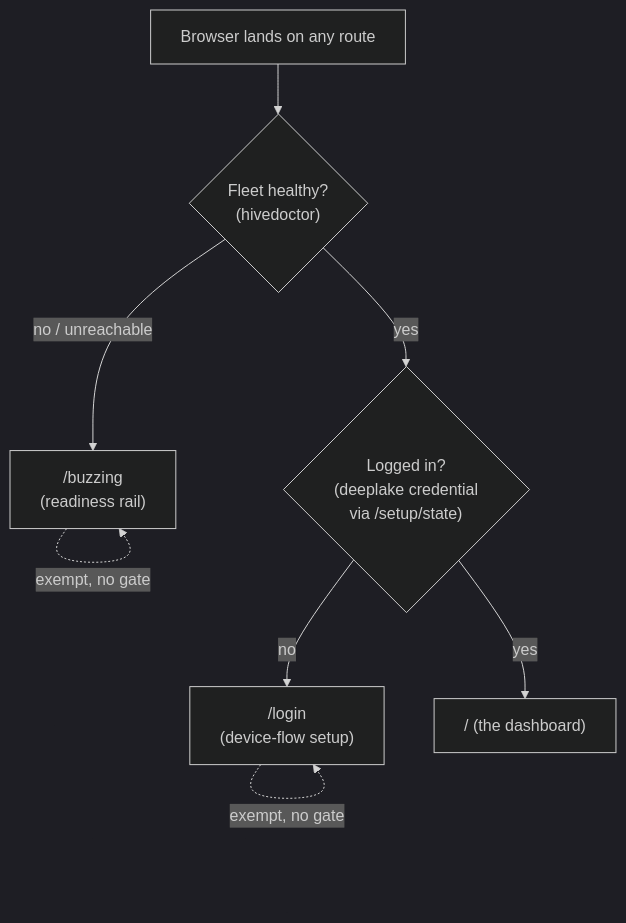
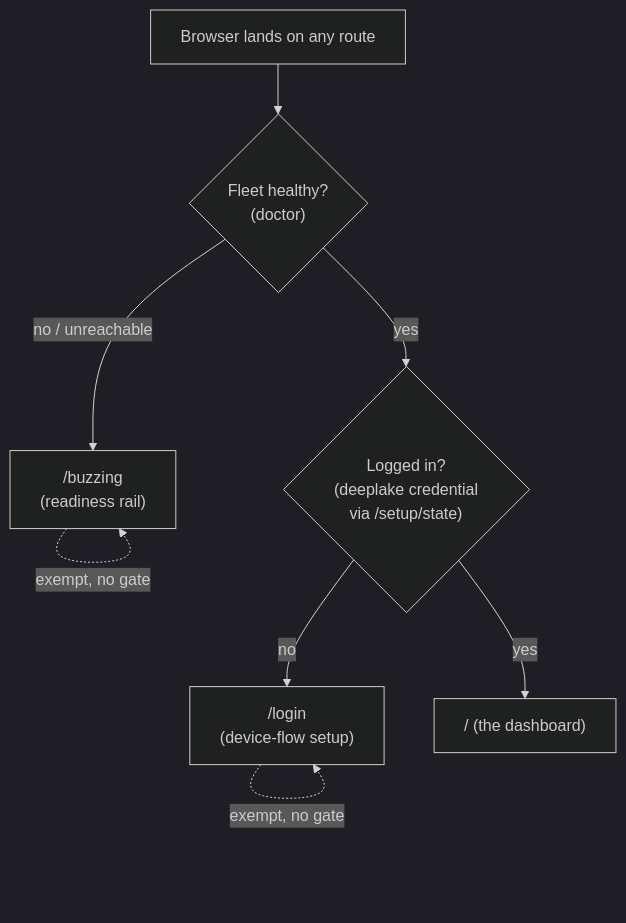
One commit to legioncodeinc/hive changed the diagram in library/knowledge/private/architecture/ADR-0004-portal-landing-gate-and-path-based-routing.md. Above: the diagram before and after it, drawn with Mermaid (dark theme). The commit also changed other lines of this file and 107 other files, not shown here.

First line of the commit message:
feat!: global product rename per decision #35 (thehive -> hive, source graph -> hive graph)

````diff
--- a/library/knowledge/private/architecture/ADR-0004-portal-landing-gate-and-path-based-routing.md
+++ b/library/knowledge/private/architecture/ADR-0004-portal-landing-gate-and-path-based-routing.md
@@ -39,10 +39,10 @@
 ```mermaid
 flowchart TD
-    land["Browser lands on any route"] --> health{"Fleet healthy?<br/>(hivedoctor)"}
+    land["Browser lands on any route"] --> health{"Fleet healthy?<br/>(doctor)"}
     health -->|"no / unreachable"| buzzing["/buzzing<br/>(readiness rail)"]
     health -->|"yes"| auth{"Logged in?<br/>(deeplake credential<br/>via /setup/state)"}
     auth -->|"no"| login["/login<br/>(device-flow setup)"]
     auth -->|"yes"| dashboard["/ (the dashboard)"]
     buzzing -.->|"exempt, no gate"| buzzing
     login -.->|"exempt, no gate"| login
 ```
````
